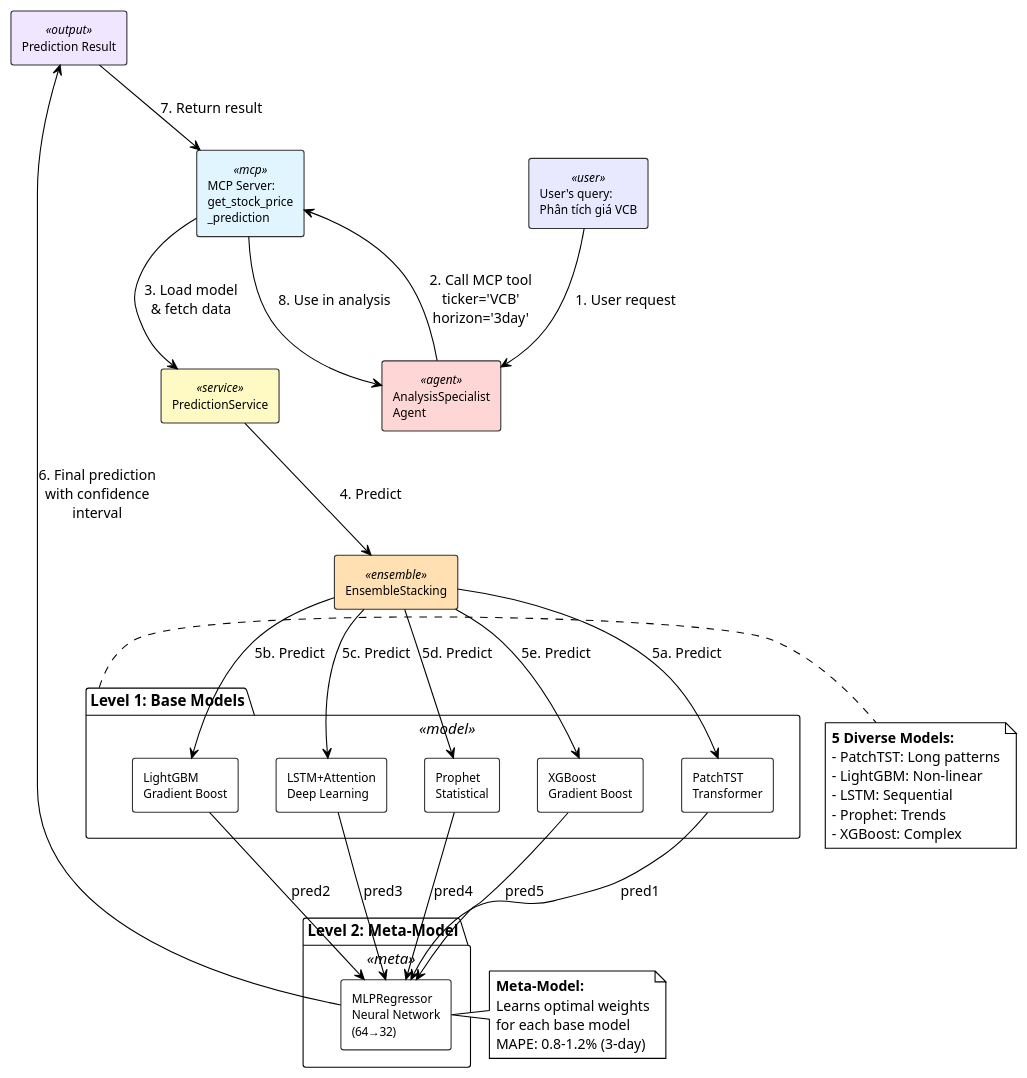
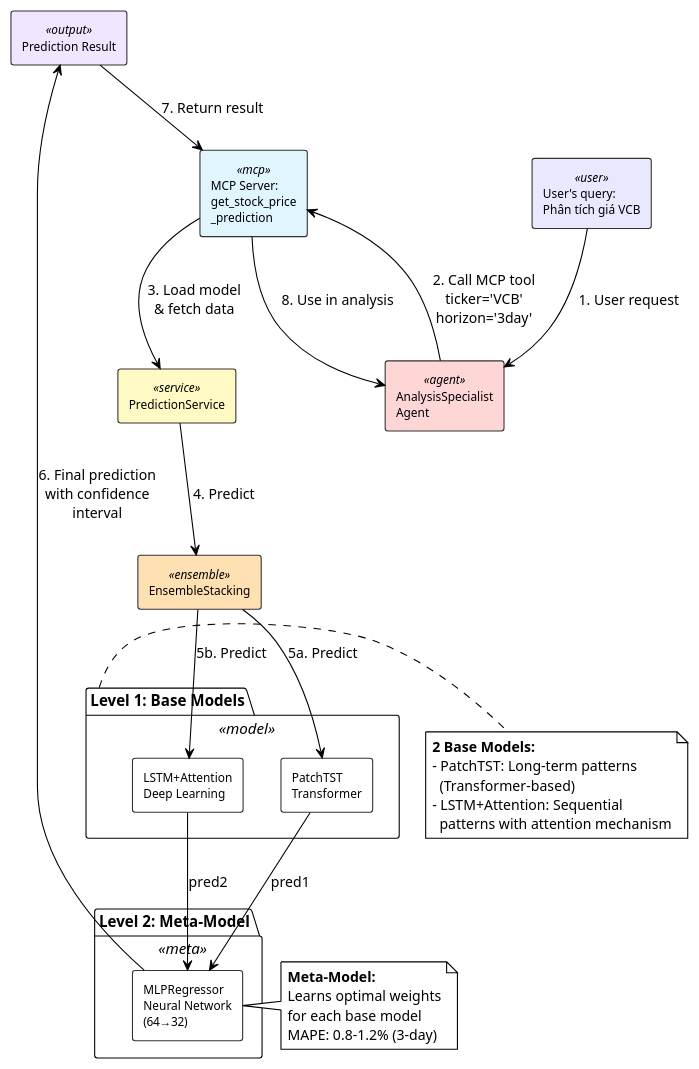
Before and after one commit to GiangNV-HUST/DATN: the diagram in diagrams/sources/agent_diagrams/ensemble_prediction_detail.puml, drawn with PlantUML. The commit also changed 5 other files, not shown here.

```diff
--- a/diagrams/sources/agent_diagrams/ensemble_prediction_detail.puml
+++ b/diagrams/sources/agent_diagrams/ensemble_prediction_detail.puml
@@ -2,77 +2,67 @@
 @startuml ensemble_prediction_detail
 !theme plain
 skinparam backgroundColor #FFFFFF
 skinparam shadowing false
 skinparam defaultFontName "Times New Roman"
 
 skinparam rectangle {
     BackgroundColor<<user>> #E8E8FF
     BackgroundColor<<agent>> #FFD6D6
     BackgroundColor<<mcp>> #E1F5FE
     BackgroundColor<<service>> #FFF9C4
     BackgroundColor<<ensemble>> #FFE0B2
     BackgroundColor<<model>> #C8E6C9
     BackgroundColor<<meta>> #D1C4E9
     BackgroundColor<<output>> #F0E6FF
     BorderColor #333333
     FontSize 11
 }
 
 rectangle "User's query:\nPhân tích giá VCB" as query <<user>>
 rectangle "AnalysisSpecialist\nAgent" as agent <<agent>>
 rectangle "MCP Server:\nget_stock_price\n_prediction" as mcp <<mcp>>
 rectangle "PredictionService" as service <<service>>
 rectangle "EnsembleStacking" as ensemble <<ensemble>>
 
 package "Level 1: Base Models" as level1 <<model>> {
     rectangle "PatchTST\nTransformer" as patchtst
-    rectangle "LightGBM\nGradient Boost" as lgb
     rectangle "LSTM+Attention\nDeep Learning" as lstm
-    rectangle "Prophet\nStatistical" as prophet
-    rectangle "XGBoost\nGradient Boost" as xgb
 }
 
 package "Level 2: Meta-Model" as level2 <<meta>> {
     rectangle "MLPRegressor\nNeural Network\n(64→32)" as meta
 }
 
 rectangle "Prediction Result" as output <<output>>
 
 query --> agent : "1. User request"
 agent --> mcp : "2. Call MCP tool\nticker='VCB'\nhorizon='3day'"
 mcp --> service : "3. Load model\n& fetch data"
 service --> ensemble : "4. Predict"
 
 ensemble --> patchtst : "5a. Predict"
-ensemble --> lgb : "5b. Predict"
-ensemble --> lstm : "5c. Predict"
-ensemble --> prophet : "5d. Predict"
-ensemble --> xgb : "5e. Predict"
+ensemble --> lstm : "5b. Predict"
 
 patchtst --> meta : "pred1"
-lgb --> meta : "pred2"
-lstm --> meta : "pred3"
-prophet --> meta : "pred4"
-xgb --> meta : "pred5"
+lstm --> meta : "pred2"
 
 meta --> output : "6. Final prediction\nwith confidence\ninterval"
 output --> mcp : "7. Return result"
 mcp --> agent : "8. Use in analysis"
 
 note right of level1
-  **5 Diverse Models:**
-  - PatchTST: Long patterns
-  - LightGBM: Non-linear
-  - LSTM: Sequential
-  - Prophet: Trends
-  - XGBoost: Complex
+  **2 Base Models:**
+  - PatchTST: Long-term patterns
+    (Transformer-based)
+  - LSTM+Attention: Sequential
+    patterns with attention mechanism
 end note
 
 note right of meta
   **Meta-Model:**
   Learns optimal weights
   for each base model
   MAPE: 0.8-1.2% (3-day)
 end note
 
 @enduml
```
